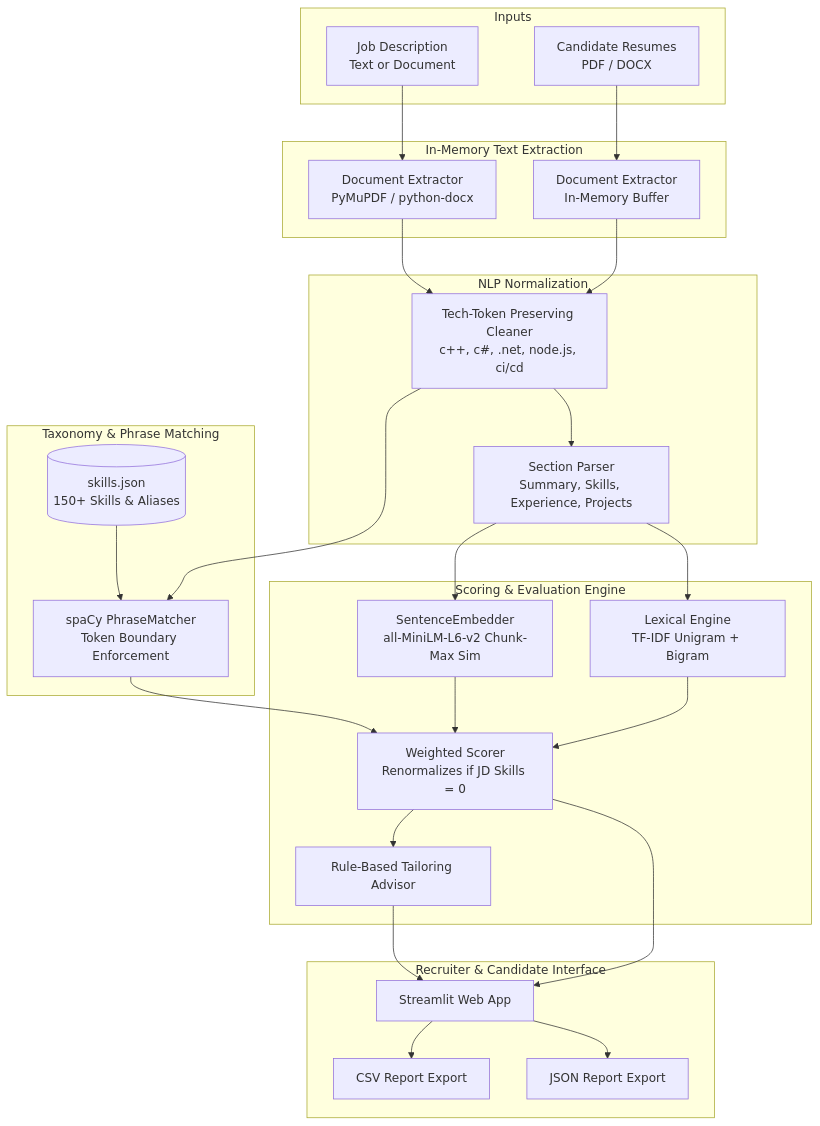
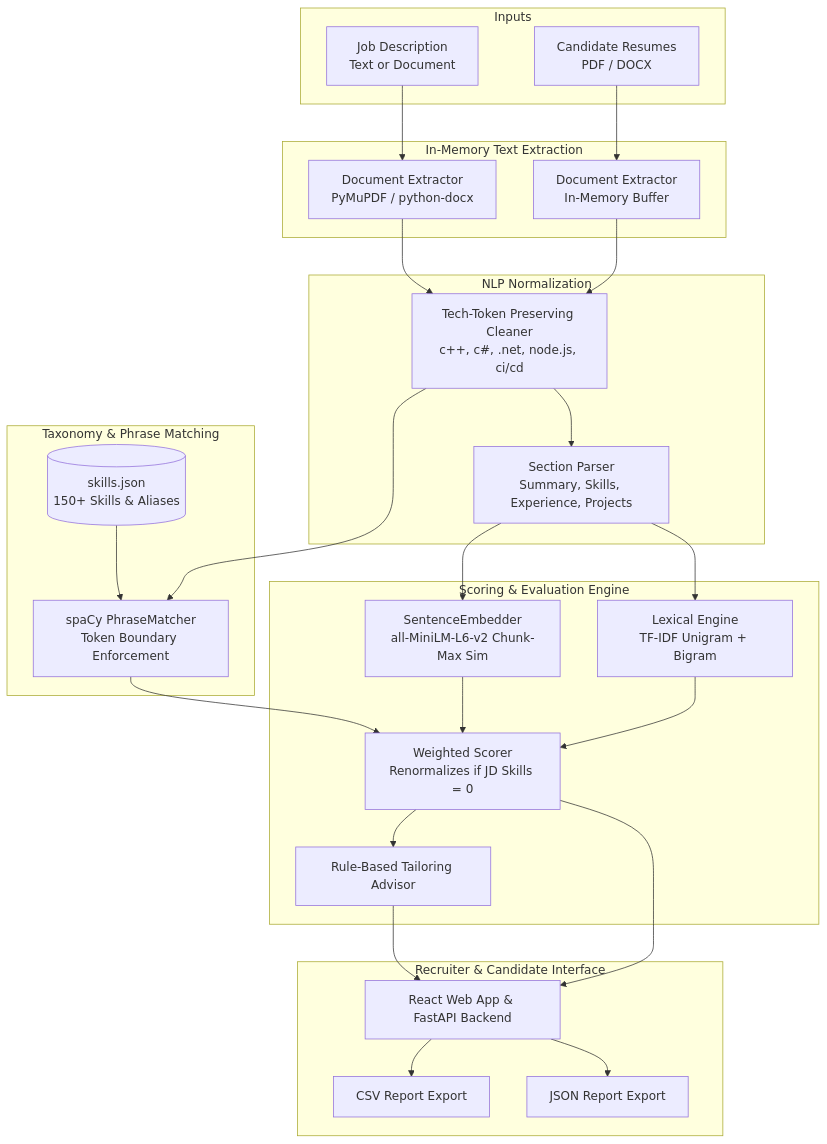
Before and after one commit to sazzyrocks/NLP_PYTHON: the diagram in README.md, drawn with Mermaid. The commit also changed other lines of this file and 30 other files, not shown here.

````diff
--- a/README.md
+++ b/README.md
@@ -23,53 +23,53 @@
 ```mermaid
 flowchart TD
     subgraph Inputs
         JD[Job Description\nText or Document]
         Resumes[Candidate Resumes\nPDF / DOCX]
     end
 
     subgraph TextExtraction["In-Memory Text Extraction"]
         ExJD[Document Extractor\nPyMuPDF / python-docx]
         ExRes[Document Extractor\nIn-Memory Buffer]
         JD --> ExJD
         Resumes --> ExRes
     end
 
     subgraph Preprocessing["NLP Normalization"]
         Prep[Tech-Token Preserving Cleaner\nc++, c#, .net, node.js, ci/cd]
         SecParser[Section Parser\nSummary, Skills, Experience, Projects]
         ExJD --> Prep
         ExRes --> Prep
         Prep --> SecParser
     end
 
     subgraph SkillTaxonomy["Taxonomy & Phrase Matching"]
         SkillsJSON[(skills.json\n150+ Skills & Aliases)]
         Matcher[spaCy PhraseMatcher\nToken Boundary Enforcement]
         SkillsJSON --> Matcher
         Prep --> Matcher
     end
 
     subgraph SemanticScoring["Scoring & Evaluation Engine"]
         Embedder[SentenceEmbedder\nall-MiniLM-L6-v2 Chunk-Max Sim]
         TFIDF[Lexical Engine\nTF-IDF Unigram + Bigram]
         Scorer[Weighted Scorer\nRenormalizes if JD Skills = 0]
         Suggestions[Rule-Based Tailoring Advisor]
 
         SecParser --> Embedder
         SecParser --> TFIDF
         Matcher --> Scorer
         Embedder --> Scorer
         TFIDF --> Scorer
         Scorer --> Suggestions
     end
 
     subgraph Output["Recruiter & Candidate Interface"]
-        UI[Streamlit Web App]
+        UI[React Web App & FastAPI Backend]
         CSV[CSV Report Export]
         JSON[JSON Report Export]
         Suggestions --> UI
         Scorer --> UI
         UI --> CSV
         UI --> JSON
     end
 ```
````
